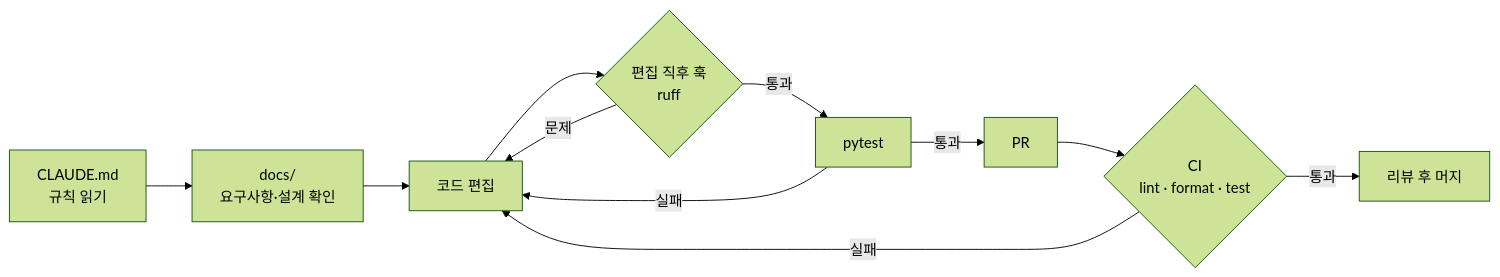
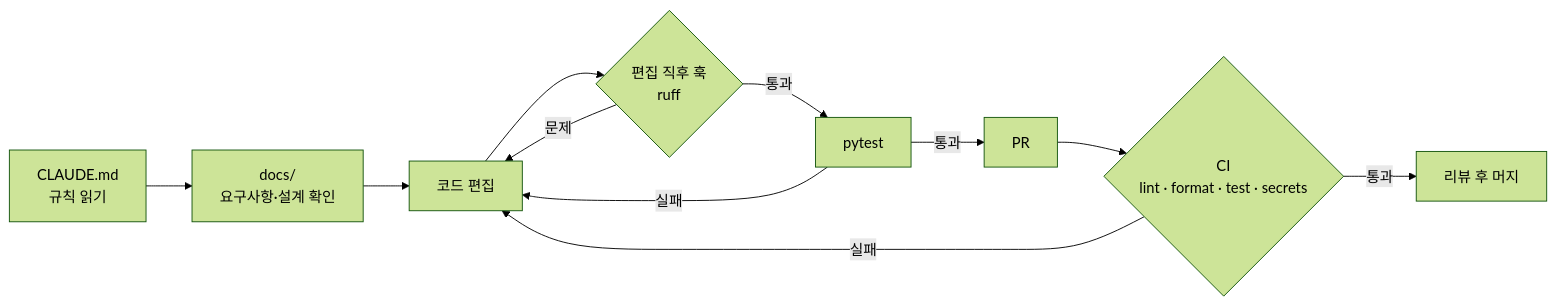
The diagram in docs/harness.md (wogud98/jobvis), drawn with Mermaid (forest theme) before and after one commit. The commit also changed other lines of this file and 4 other files, not shown here.

````diff
--- a/docs/harness.md
+++ b/docs/harness.md
@@ -19,13 +20,13 @@
 ```mermaid
 flowchart LR
     R["CLAUDE.md<br>규칙 읽기"] --> D["docs/<br>요구사항·설계 확인"]
     D --> E["코드 편집"]
     E --> H{"편집 직후 훅<br>ruff"}
     H -- 문제 --> E
     H -- 통과 --> T["pytest"]
     T -- 실패 --> E
     T -- 통과 --> P["PR"]
-    P --> C{"CI<br>lint · format · test"}
+    P --> C{"CI<br>lint · format · test · secrets"}
     C -- 실패 --> E
     C -- 통과 --> M["리뷰 후 머지"]
 ```
````
